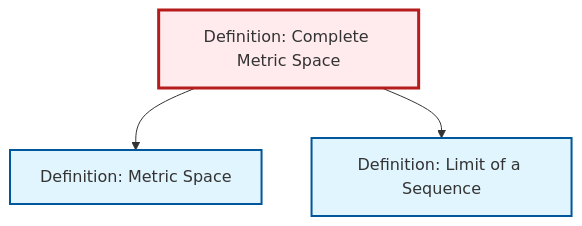
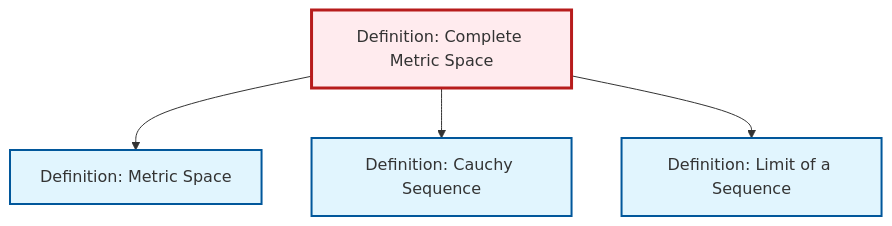
Before and after one commit to RK0429/ModernMath: the diagram in content/en/analysis/def-complete-metric-space.qmd, drawn with Mermaid. The commit also changed 531 other files, not shown here.

````diff
--- a/content/en/analysis/def-complete-metric-space.qmd
+++ b/content/en/analysis/def-complete-metric-space.qmd
@@ -53,17 +53,20 @@
 ```{mermaid}
 %%| fig-cap: "Local dependency graph"
 graph TD
     classDef definition fill:#e1f5fe,stroke:#01579b,stroke-width:2px
     classDef theorem fill:#f3e5f5,stroke:#4a148c,stroke-width:2px
     classDef axiom fill:#fff3e0,stroke:#e65100,stroke-width:2px
     classDef example fill:#e8f5e9,stroke:#1b5e20,stroke-width:2px
     classDef current fill:#ffebee,stroke:#b71c1c,stroke-width:3px
+    def-limit["Definition: Limit of a Sequence"]:::definition
     def-metric-space["Definition: Metric Space"]:::definition
+    def-cauchy-sequence["Definition: Cauchy Sequence"]:::definition
     def-complete-metric-space["Definition: Complete Metric Space"]:::definition
-    def-limit["Definition: Limit of a Sequence"]:::definition
     def-complete-metric-space --> def-metric-space
+    def-complete-metric-space --> def-cauchy-sequence
     def-complete-metric-space --> def-limit
     class def-complete-metric-space current
+    click def-limit "def-limit.html" "Go to Limit of a Sequence definition"
     click def-metric-space "def-metric-space.html" "Go to Metric Space definition"
-    click def-limit "def-limit.html" "Go to Limit of a Sequence definition"
+    click def-cauchy-sequence "def-cauchy-sequence.html" "Go to Cauchy Sequence definition"
 ```
````
